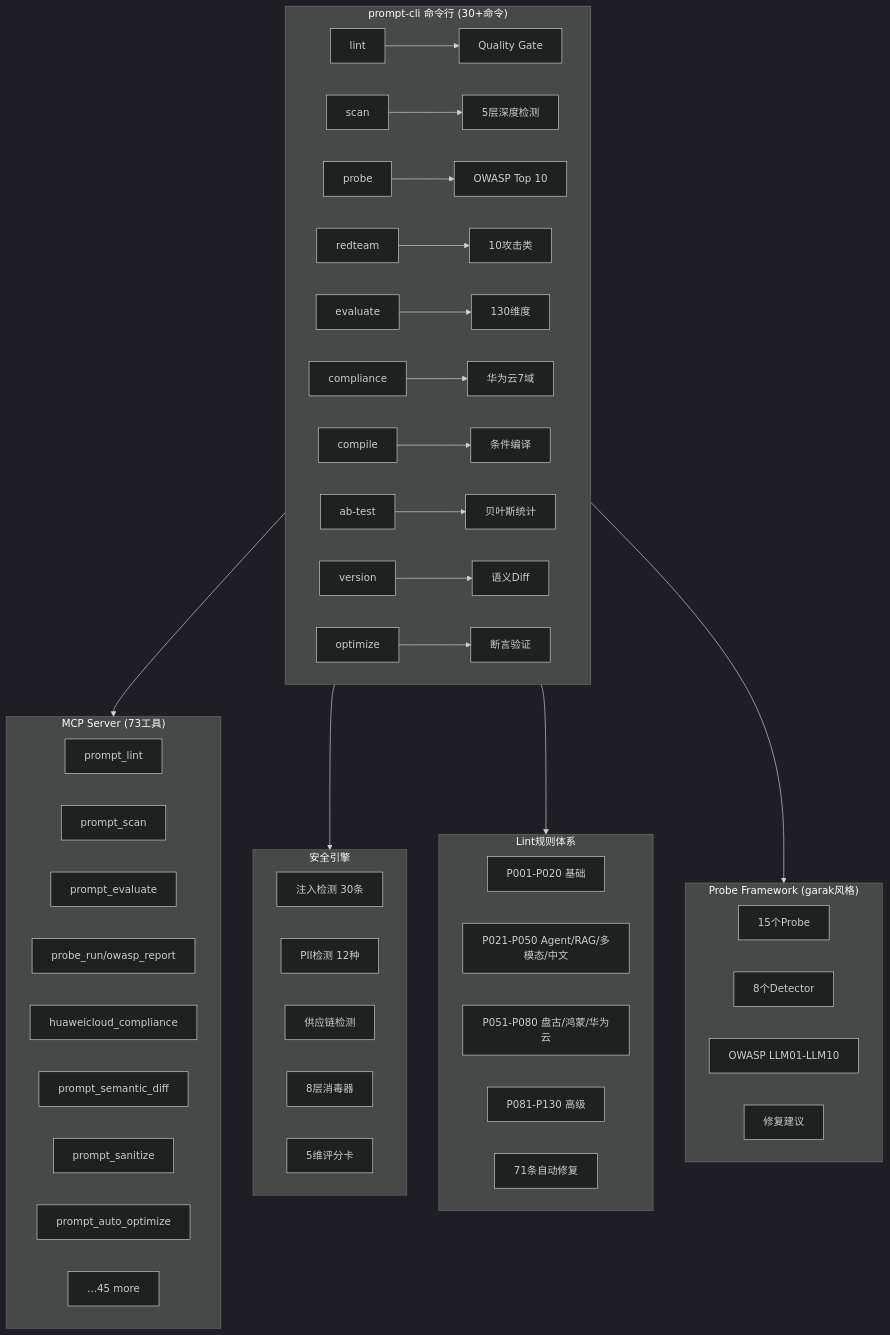
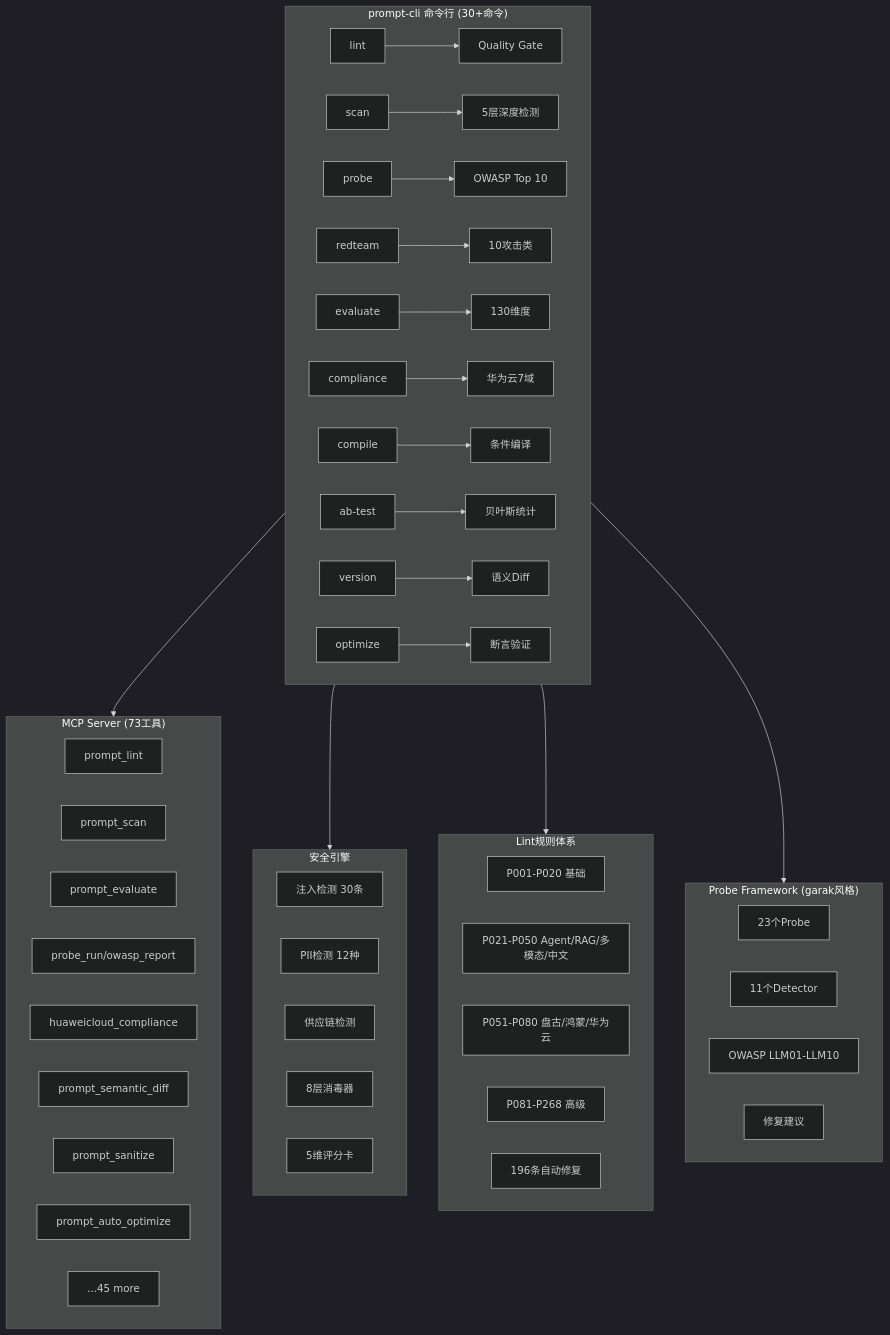
The second of 2 diagrams in README.md (wqbcs/ai-prompt-toolkit), drawn with Mermaid (dark theme) before and after one commit. The commit also changed other lines of this file and 287 other files, not shown here.

````diff
--- a/README.md
+++ b/README.md
@@ -439,55 +439,55 @@
 ```mermaid
 graph TB
     subgraph CLI["prompt-cli 命令行 (30+命令)"]
         LINT[lint] --> GATE[Quality Gate]
         SCAN[scan] --> DEPTH[5层深度检测]
         PROBE[probe] --> OWASP[OWASP Top 10]
         REDTEAM[redteam] --> ATTACK[10攻击类]
         EVAL[evaluate] --> DIMS[130维度]
         COMPLIANCE[compliance] --> HC[华为云7域]
         COMPILE[compile] --> CMP[条件编译]
         AB[ab-test] --> BAYES[贝叶斯统计]
         VERSION[version] --> SDIFF[语义Diff]
         OPTIMIZE[optimize] --> ASSERT[断言验证]
     end
 
     subgraph MCP["MCP Server (73工具)"]
         MCP_LINT[prompt_lint]
         MCP_SCAN[prompt_scan]
         MCP_EVAL[prompt_evaluate]
         MCP_PROBE[probe_run/owasp_report]
         MCP_COMPLIANCE[huaweicloud_compliance]
         MCP_DIFF[prompt_semantic_diff]
         MCP_SANITIZE[prompt_sanitize]
         MCP_OPTIMIZE[prompt_auto_optimize]
         MCP_MORE[...45 more]
     end
 
     subgraph SECURITY["安全引擎"]
         INJ[注入检测 30条]
         PII[PII检测 12种]
         SUPPLY[供应链检测]
         SANITIZE[8层消毒器]
         SCORECARD[5维评分卡]
     end
 
     subgraph RULES["Lint规则体系"]
         R1[P001-P020 基础]
         R2[P021-P050 Agent/RAG/多模态/中文]
         R3[P051-P080 盘古/鸿蒙/华为云]
-        R4[P081-P130 高级]
-        FIXER[71条自动修复]
+        R4[P081-P268 高级]
+        FIXER[196条自动修复]
     end
 
     subgraph PROBES["Probe Framework (garak风格)"]
-        P_15[15个Probe]
-        D_8[8个Detector]
+        P_15[23个Probe]
+        D_8[11个Detector]
         OWASP_MAP[OWASP LLM01-LLM10]
         REMEDIATION[修复建议]
     end
 
     CLI --> MCP
     CLI --> SECURITY
     CLI --> RULES
     CLI --> PROBES
 ```
````
